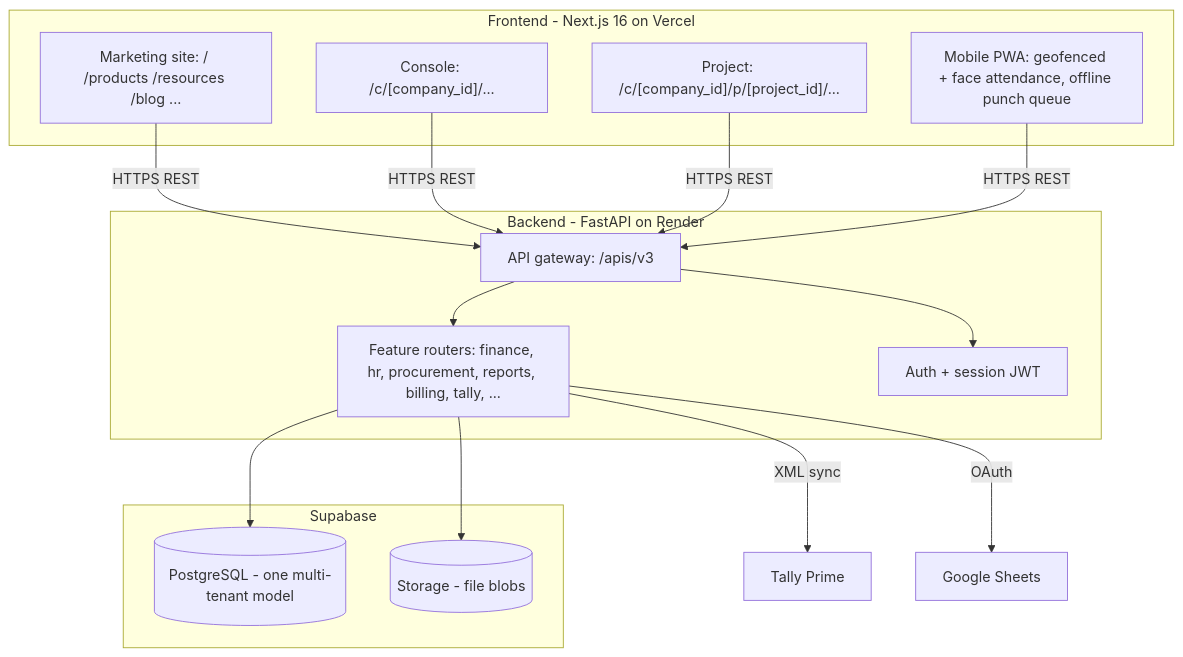
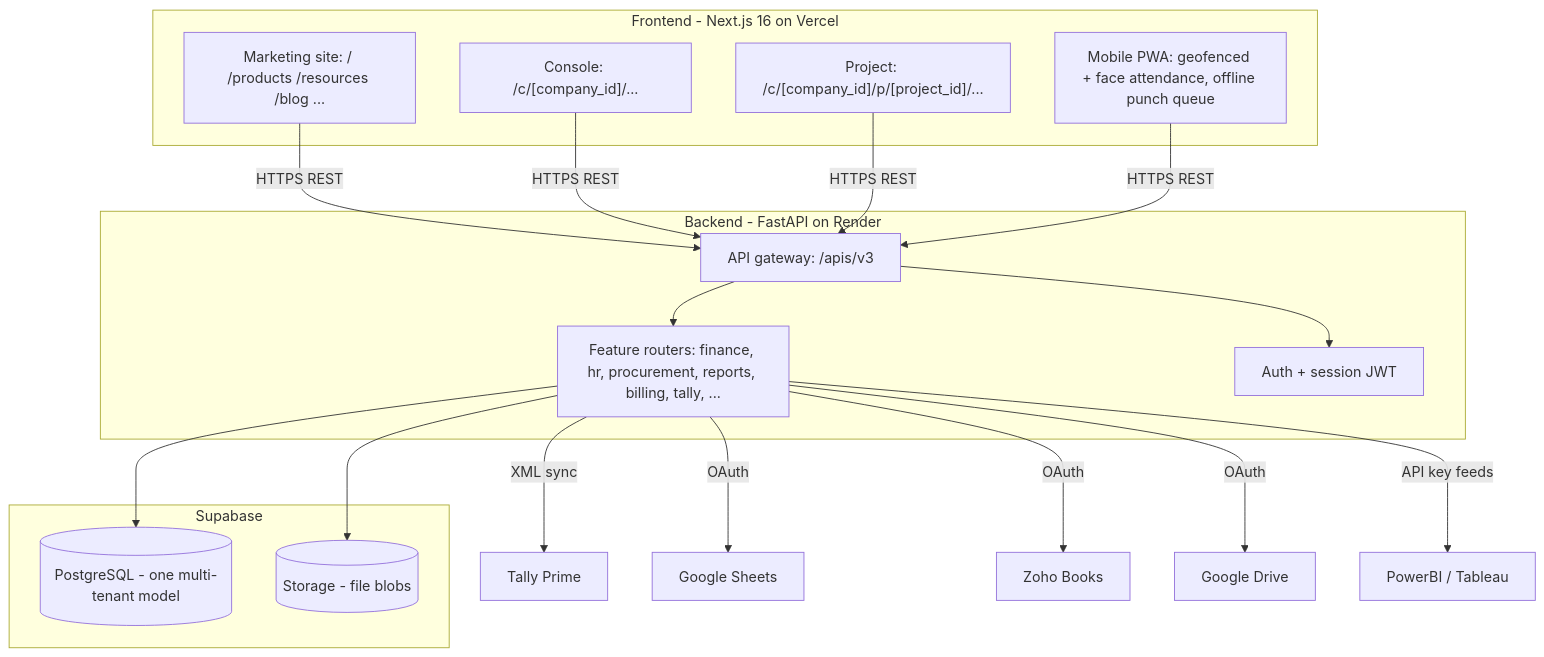
Before and after one commit to yieldchaser/Construction-Management-ERP-Software: the first of 3 diagrams in README.md, drawn with Mermaid. The commit also changed other lines of this file, not shown here.

First line of the commit message:
docs: README integrations section — Drive/Zoho/BI live, OneDrive/QuickBooks dropped

````diff
--- a/README.md
+++ b/README.md
@@ -65,31 +65,34 @@
 ```mermaid
 graph TD
     subgraph Client["Frontend - Next.js 16 on Vercel"]
         MKT["Marketing site: / /products /resources /blog ..."]
         CON["Console: /c/[company_id]/..."]
         PRJ["Project: /c/[company_id]/p/[project_id]/..."]
         PWA["Mobile PWA: geofenced + face attendance, offline punch queue"]
     end
 
     subgraph API["Backend - FastAPI on Render"]
         GW["API gateway: /apis/v3"]
         RT["Feature routers: finance, hr, procurement, reports, billing, tally, ..."]
         AU["Auth + session JWT"]
         GW --> RT
         GW --> AU
     end
 
     subgraph Store["Supabase"]
         DB[("PostgreSQL - one multi-tenant model")]
         BLOB[("Storage - file blobs")]
     end
 
     MKT -->|HTTPS REST| GW
     CON -->|HTTPS REST| GW
     PRJ -->|HTTPS REST| GW
     PWA -->|HTTPS REST| GW
     RT --> DB
     RT --> BLOB
     RT -->|XML sync| TALLY["Tally Prime"]
     RT -->|OAuth| GS["Google Sheets"]
+    RT -->|OAuth| ZOHO["Zoho Books"]
+    RT -->|OAuth| GDRIVE["Google Drive"]
+    RT -->|API key feeds| BI["PowerBI / Tableau"]
 ```
````
